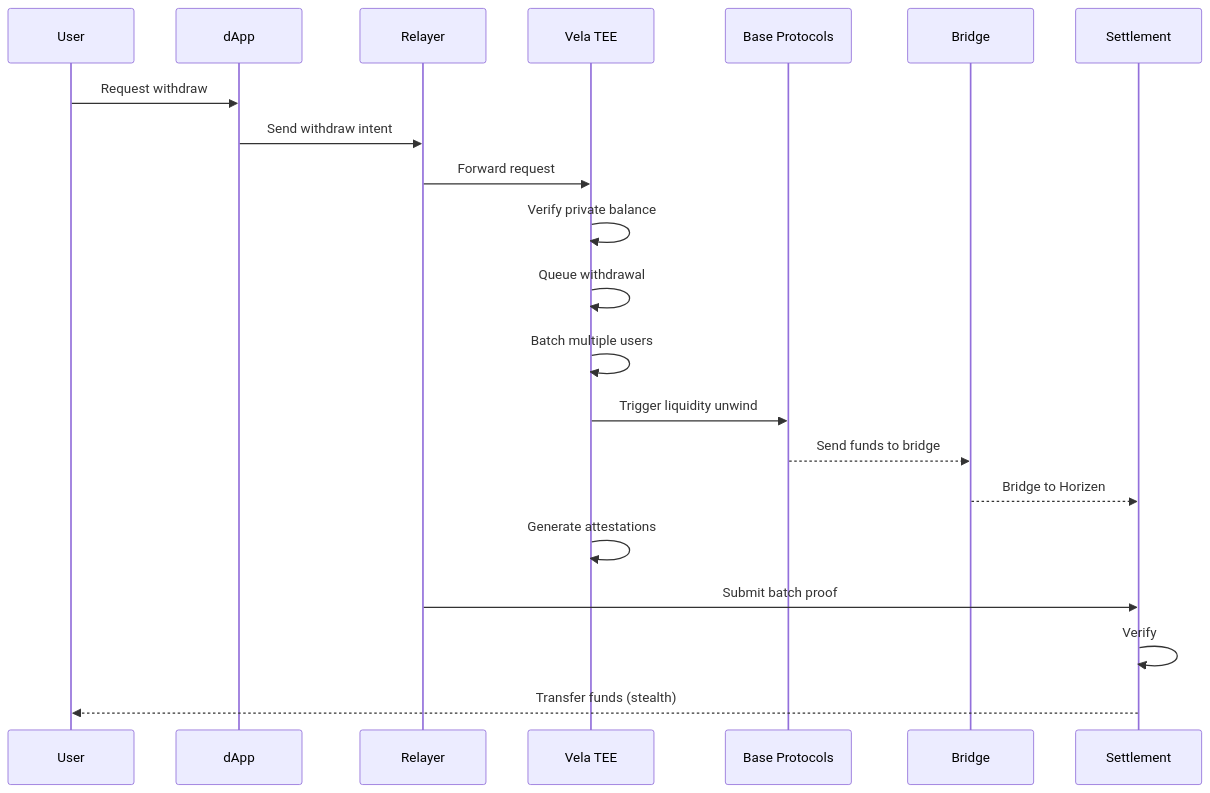
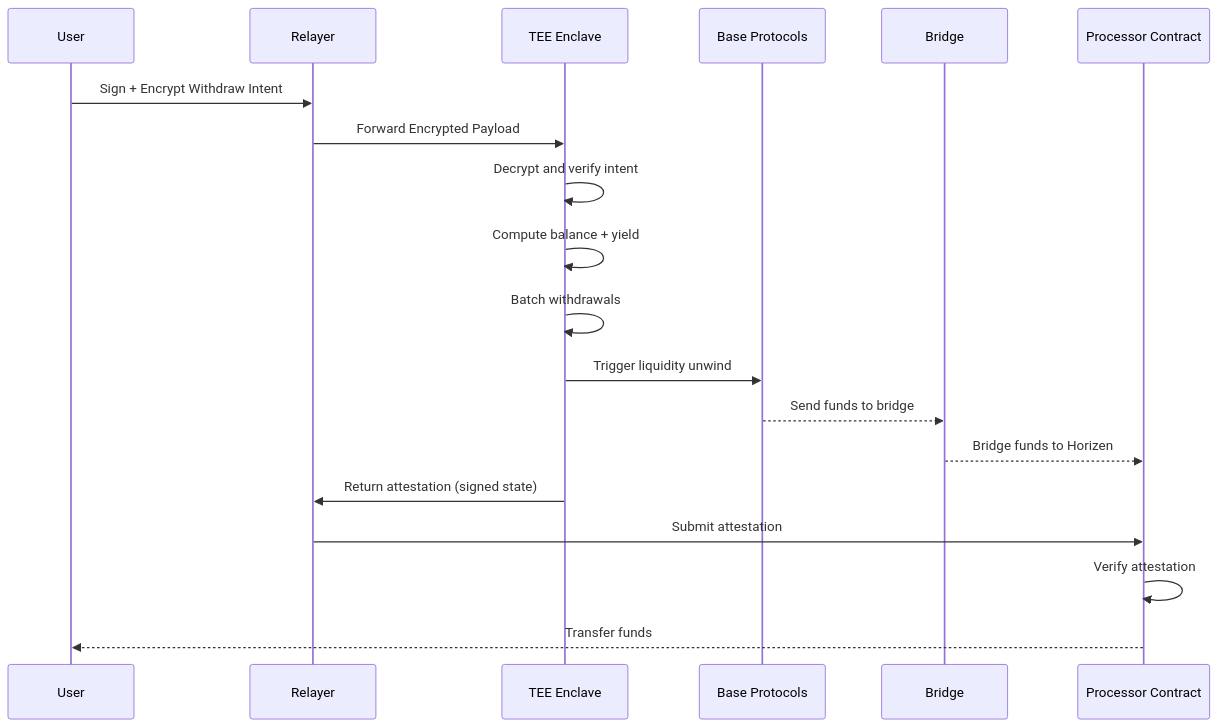
The diagram in readme.md (Xavek/shieldv), drawn with Mermaid before and after one commit. The commit also changed other lines of this file, not shown here.

````diff
--- a/readme.md
+++ b/readme.md
@@ -198,30 +90,26 @@
 ```mermaid
 sequenceDiagram
     participant U as User
-    participant D as dApp
     participant R as Relayer
-    participant T as Vela TEE
+    participant T as TEE Enclave
     participant Y as Base Protocols
     participant B as Bridge
-    participant S as Settlement
+    participant P as Processor Contract
 
-    U->>D: Request withdraw
-    D->>R: Send withdraw intent
-    R->>T: Forward request
+    U->>R: Sign + Encrypt Withdraw Intent
+    R->>T: Forward Encrypted Payload
 
-    T->>T: Verify private balance
-    T->>T: Queue withdrawal
-    T->>T: Batch multiple users
+    T->>T: Decrypt and verify intent
+    T->>T: Compute balance + yield
+    T->>T: Batch withdrawals
 
     T->>Y: Trigger liquidity unwind
+    Y-->>B: Send funds to bridge
+    B-->>P: Bridge funds to Horizen
 
-    Y-->>B: Send funds to bridge
-    B-->>S: Bridge to Horizen
+    T->>R: Return attestation (signed state)
+    R->>P: Submit attestation
 
-    T->>T: Generate attestations
-
-    R->>S: Submit batch proof
-
-    S->>S: Verify
-    S-->>U: Transfer funds (stealth)
+    P->>P: Verify attestation
+    P-->>U: Transfer funds
 ```
````
